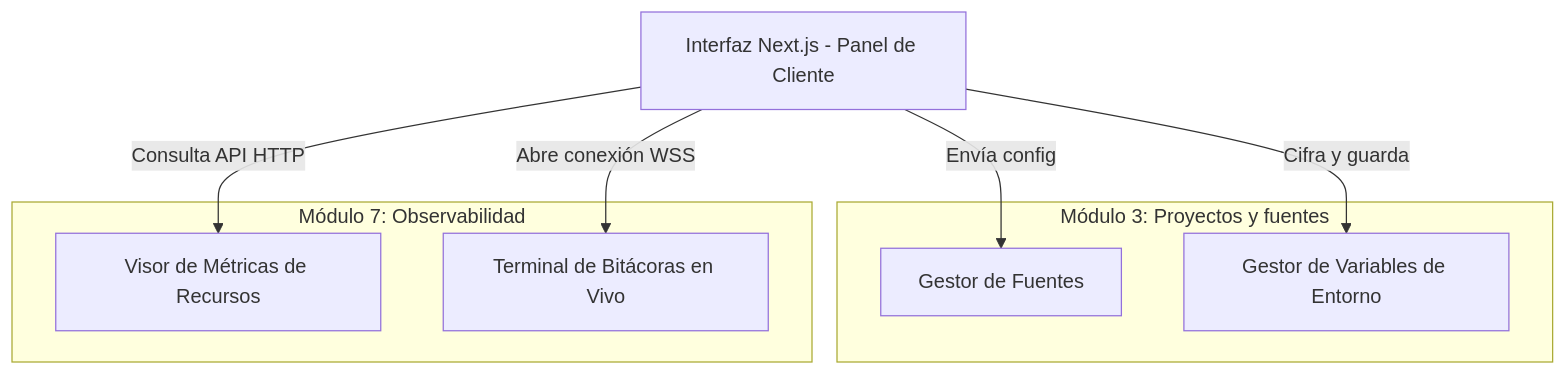
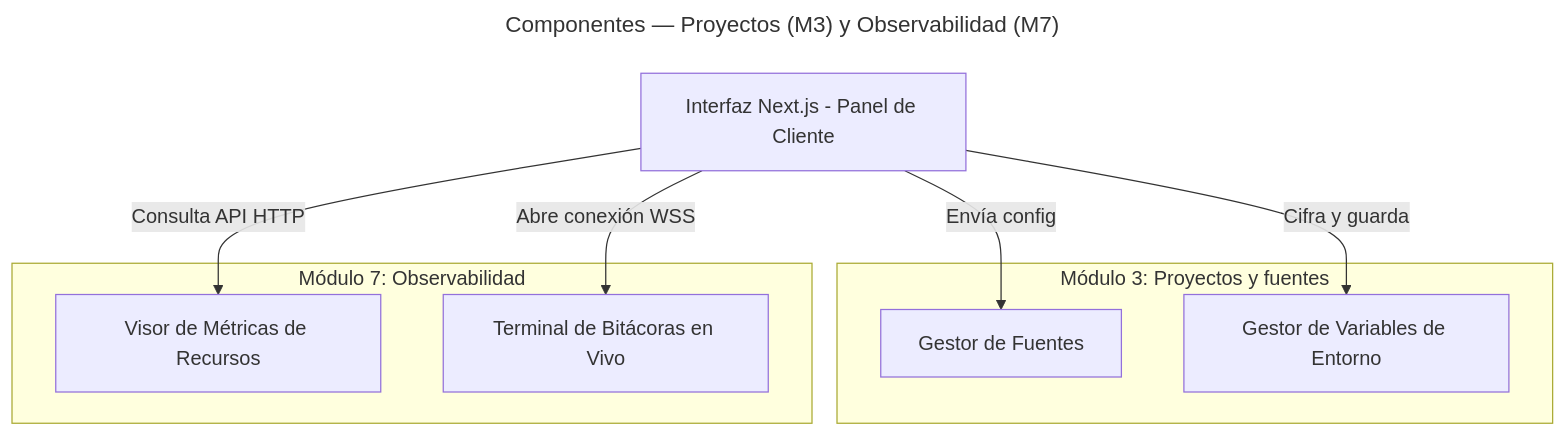
Before and after one commit to derekCmorales/deploya: diagram 19 of 31 in docs/arquitectura-maestro.md, drawn with Mermaid. The commit also changed other lines of this file and 100 other files, not shown here.

````diff
--- a/docs/arquitectura-maestro.md
+++ b/docs/arquitectura-maestro.md
@@ -1422,23 +1385,26 @@
 ```mermaid
+---
+title: Componentes — Proyectos (M3) y Observabilidad (M7)
+---
 flowchart TD
     %% Interfaz
     UI[Interfaz Next.js - Panel de Cliente]
 
     %% Componentes M3
     subgraph M3 [Módulo 3: Proyectos y fuentes]
         G[Gestor de Fuentes]
         V[Gestor de Variables de Entorno]
     end
 
     %% Componentes M7
     subgraph M7 [Módulo 7: Observabilidad]
         M[Visor de Métricas de Recursos]
         B[Terminal de Bitácoras en Vivo]
     end
 
     %% Relaciones
     UI -->|Envía config| G
     UI -->|Cifra y guarda| V
     UI -->|Consulta API HTTP| M
     UI -->|Abre conexión WSS| B
 ```
````
